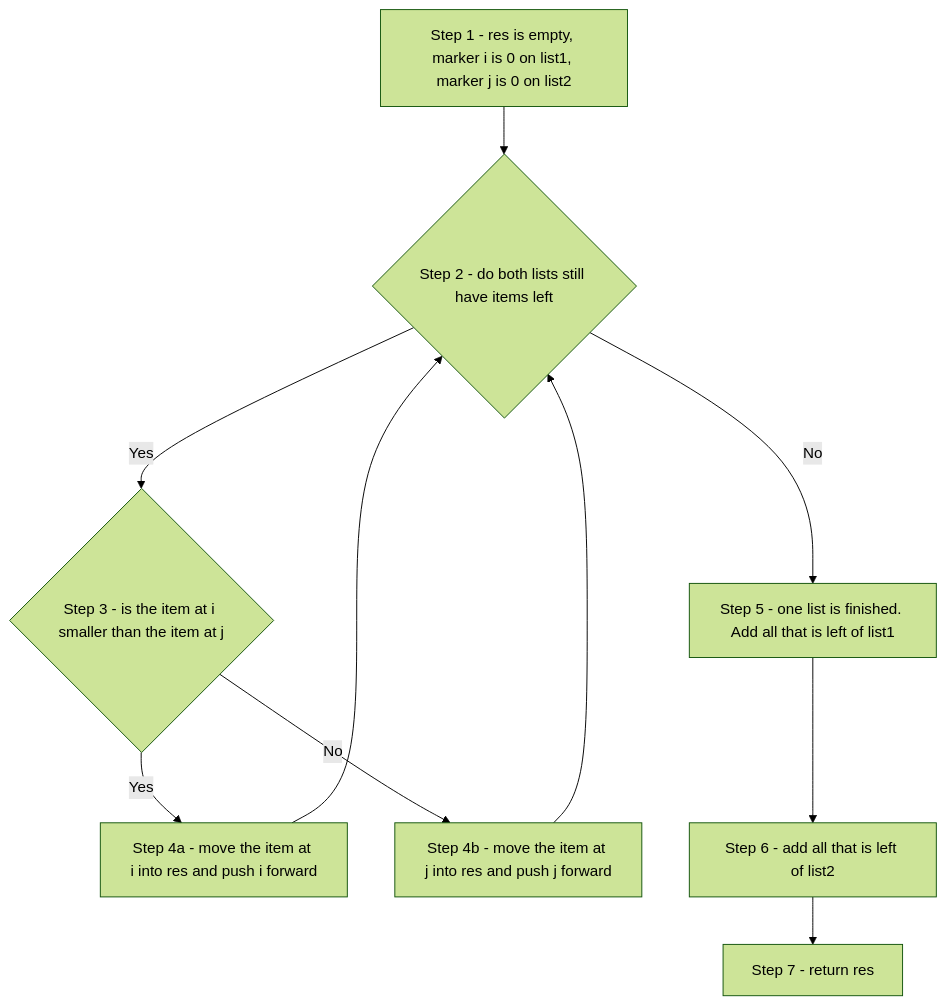
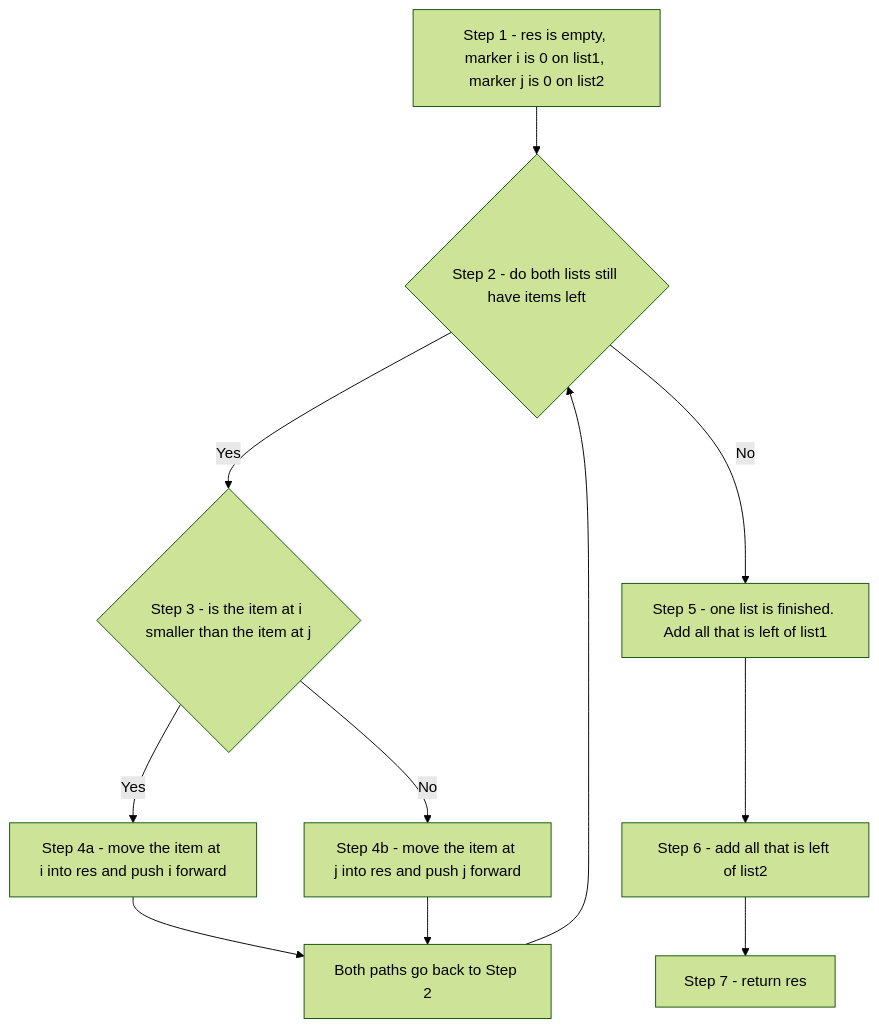
The seventh of 8 diagrams in docs/18-lists/50-ch18-qa.md (ag999git/001-mkdocs), drawn with Mermaid (forest theme) before and after one commit. The commit also changed other lines of this file, not shown here.

````diff
--- a/docs/18-lists/50-ch18-qa.md
+++ b/docs/18-lists/50-ch18-qa.md
@@ -2838,12 +2853,13 @@
 ```mermaid
 flowchart TD
     A["Step 1 - res is empty, marker i is 0 on list1, marker j is 0 on list2"] --> B{"Step 2 - do both lists still have items left"}
     B -->|"Yes"| C{"Step 3 - is the item at i smaller than the item at j"}
     C -->|"Yes"| D["Step 4a - move the item at i into res and push i forward"]
     C -->|"No"| E["Step 4b - move the item at j into res and push j forward"]
-    D --> B
-    E --> B
+    D --> M["Both paths go back to Step 2"]
+    E --> M
+    M --> B
     B -->|"No"| F["Step 5 - one list is finished. Add all that is left of list1"]
     F --> G["Step 6 - add all that is left of list2"]
     G --> H["Step 7 - return res"]
 ```
````
